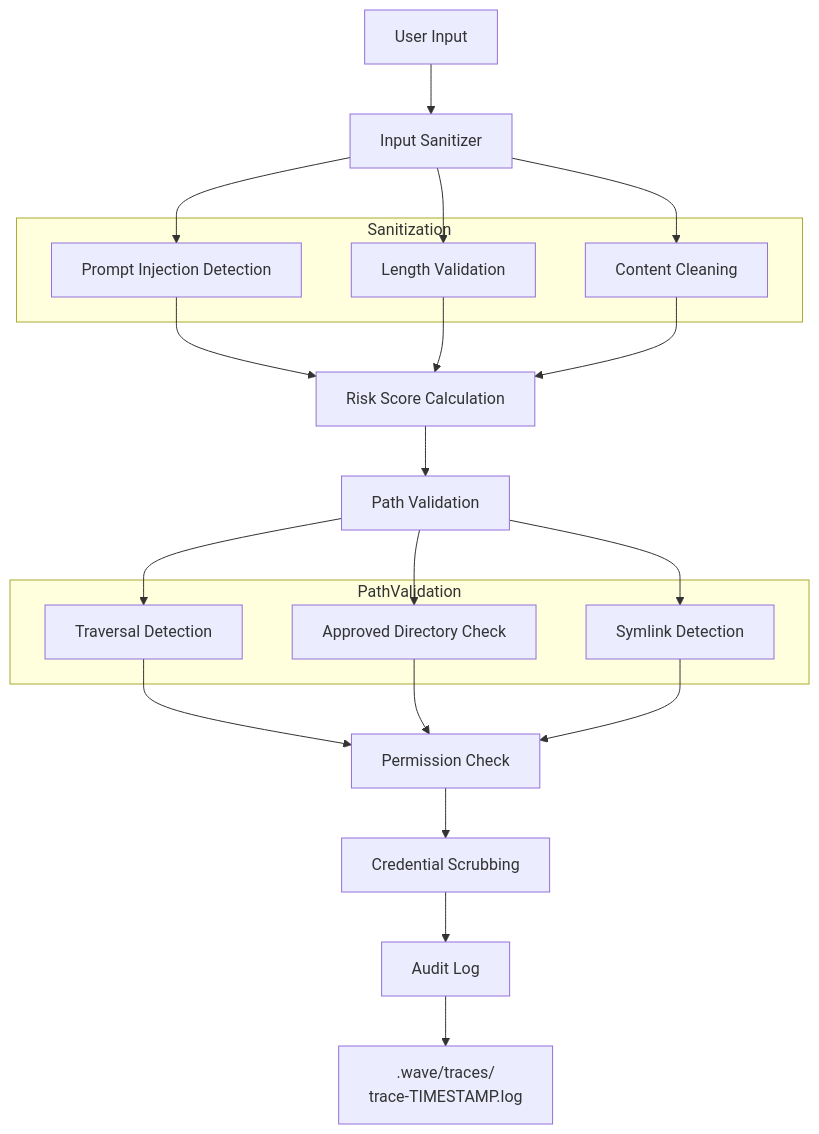
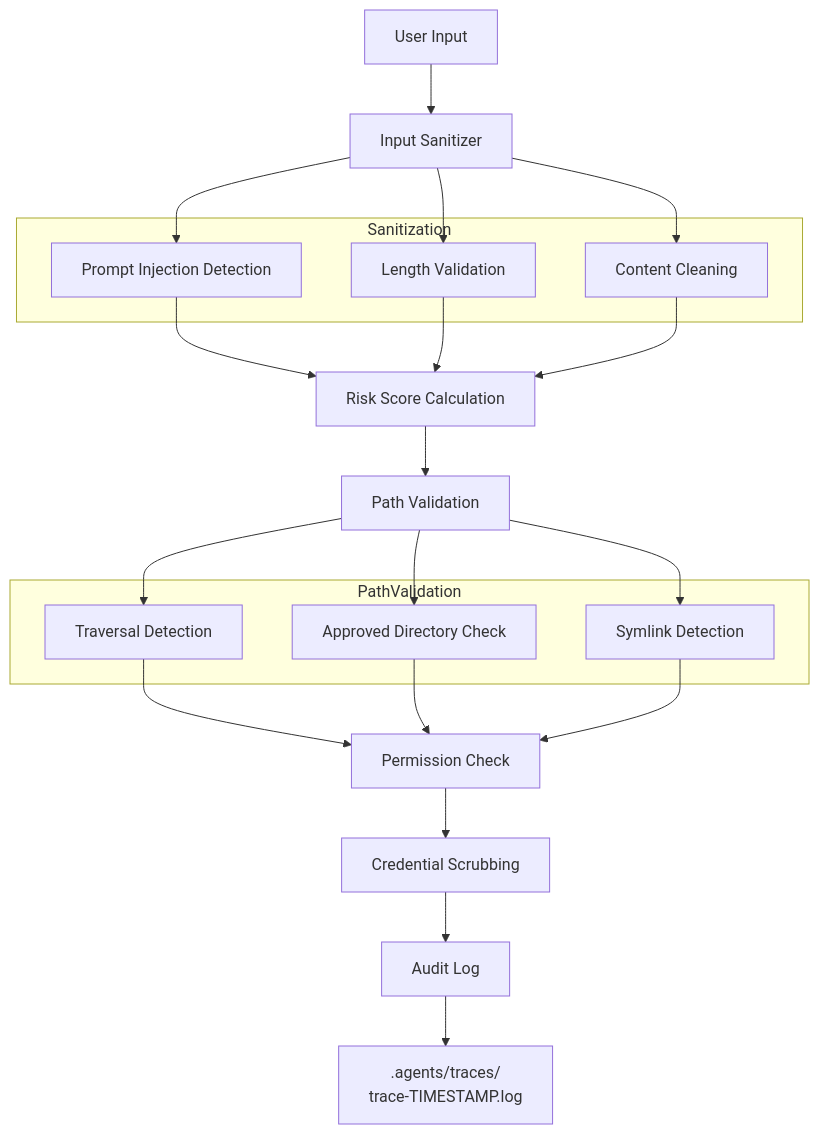
One commit to re-cinq/wave changed diagram 14 of 17 in docs/.archive/wave-architecture.md. Above: the diagram before and after it, drawn with Mermaid. The commit also changed other lines of this file and 629 other files, not shown here.

First line of the commit message:
refactor(layout): rename .wave/ → .agents/ for cross-tool convention

````diff
--- a/docs/.archive/wave-architecture.md
+++ b/docs/.archive/wave-architecture.md
@@ -471,29 +471,29 @@
 ```mermaid
 flowchart TD
     INPUT[User Input] --> SANITIZE[Input Sanitizer]
 
     subgraph Sanitization
         PROMPT[Prompt Injection Detection]
         LENGTH[Length Validation]
         CONTENT[Content Cleaning]
     end
 
     SANITIZE --> PROMPT & LENGTH & CONTENT
 
     PROMPT & LENGTH & CONTENT --> RISK[Risk Score Calculation]
     RISK --> PATH[Path Validation]
 
     subgraph PathValidation
         TRAVERSE[Traversal Detection]
         APPROVED[Approved Directory Check]
         SYMLINK[Symlink Detection]
     end
 
     PATH --> TRAVERSE & APPROVED & SYMLINK
 
     TRAVERSE & APPROVED & SYMLINK --> PERMS[Permission Check]
     PERMS --> SCRUB[Credential Scrubbing]
     SCRUB --> LOG[Audit Log]
 
-    LOG --> TRACE[".wave/traces/<br/>trace-TIMESTAMP.log"]
+    LOG --> TRACE[".agents/traces/<br/>trace-TIMESTAMP.log"]
 ```
````
